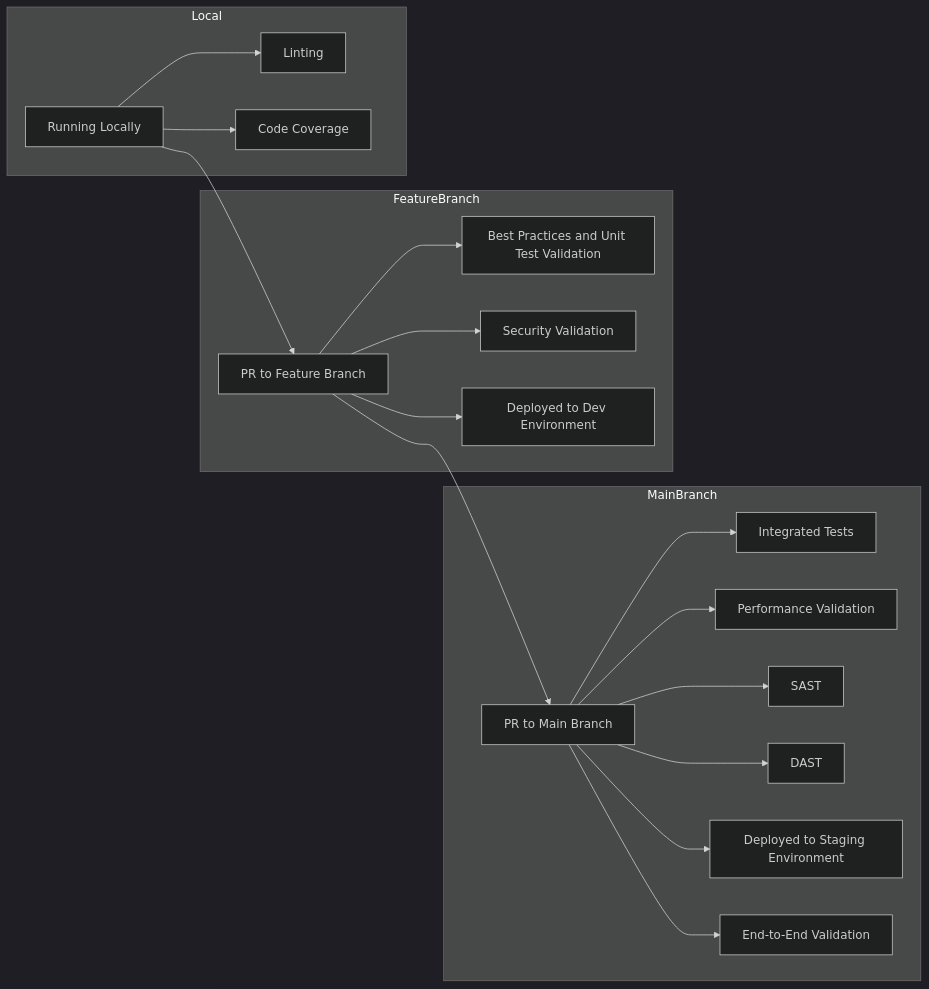
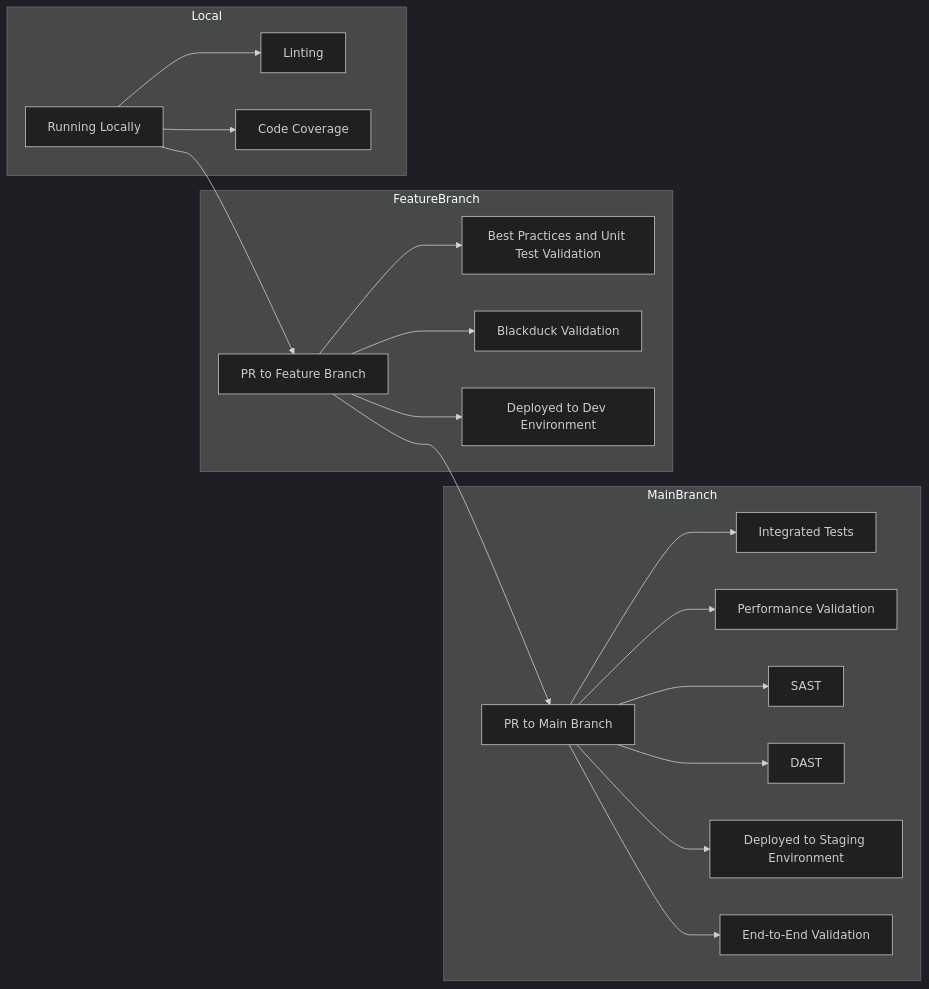
One commit to eduardomioto/effective-engineering changed the diagram in practices/environment-stability.md. Above: the diagram before and after it, drawn with Mermaid (dark theme).

````diff
--- a/practices/environment-stability.md
+++ b/practices/environment-stability.md
@@ -5,39 +5,39 @@
 ```mermaid
 
 flowchart LR
   A[Running Locally] --> B[PR to Feature Branch]
   B --> D[PR to Main Branch]
 
   subgraph MainBranch
     D1[Integrated Tests]
     D2[Performance Validation]
     D3[SAST]
     D4[DAST]
     D5[Deployed to Staging Environment]
     D6[End-to-End Validation]
     D --> D1
     D --> D2
     D --> D3
     D --> D4   
     D --> D5
     D --> D6
   end
 
  subgraph FeatureBranch
     B1[Best Practices and Unit Test Validation]
-    B2[Security Validation]
+    B2[Blackduck Validation]
     B3[Deployed to Dev Environment]
     B --> B1
     B --> B2    
     B --> B3
   end
 
 
   subgraph Local
     A1[Linting]
     A2[Code Coverage]
     A --> A1
     A --> A2
   end
 
 ```
````
